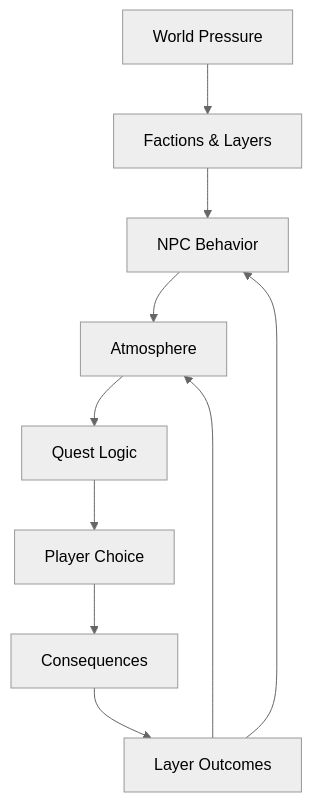
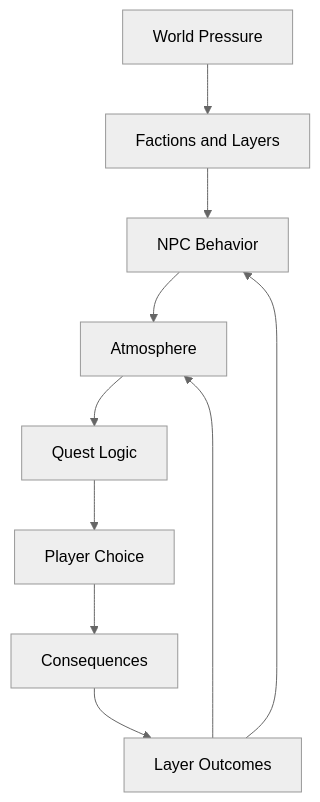
One commit to VediRago/Fragments changed the diagram in README.md. Above: the diagram before and after it, drawn with Mermaid (neutral theme).

Commit message:
Simplify README Mermaid method diagram

````diff
--- a/README.md
+++ b/README.md
@@ -48,21 +48,12 @@
 ```mermaid
-flowchart TB
-    A[World Pressure]
-    B[Factions & Layers]
-    C[NPC Behavior]
-    D[Atmosphere]
-    E[Quest Logic]
-    F[Player Choice]
-    G[Consequences]
-    H[Layer Outcomes]
-
-    A --> B
-    B --> C
-    C --> D
-    D --> E
-    E --> F
-    F --> G
-    G --> H
+flowchart TD
+    A[World Pressure] --> B[Factions and Layers]
+    B --> C[NPC Behavior]
+    C --> D[Atmosphere]
+    D --> E[Quest Logic]
+    E --> F[Player Choice]
+    F --> G[Consequences]
+    G --> H[Layer Outcomes]
     H --> C
     H --> D
 ```
````
